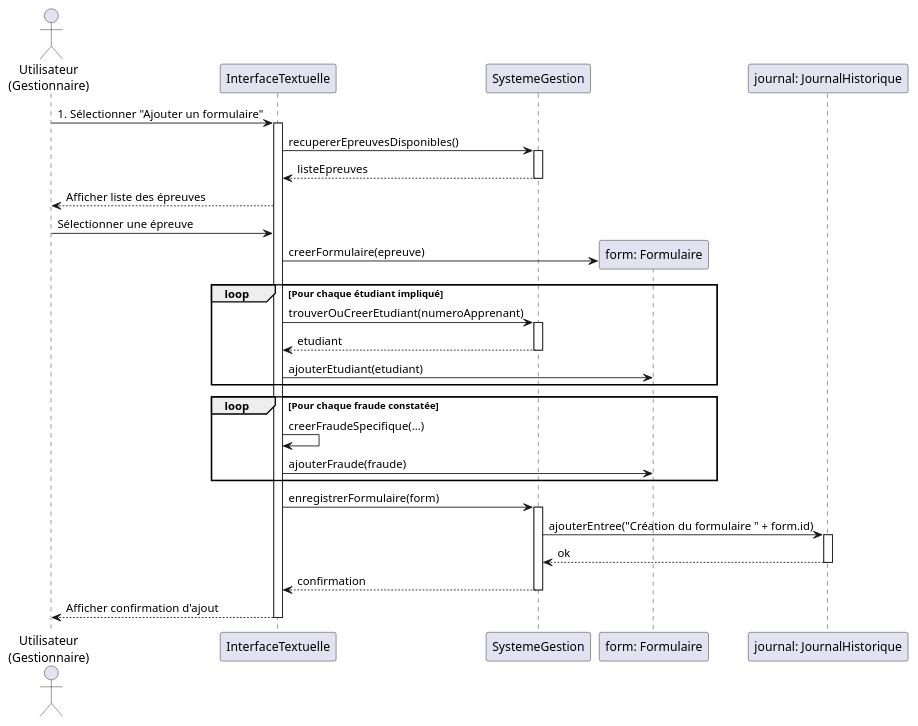
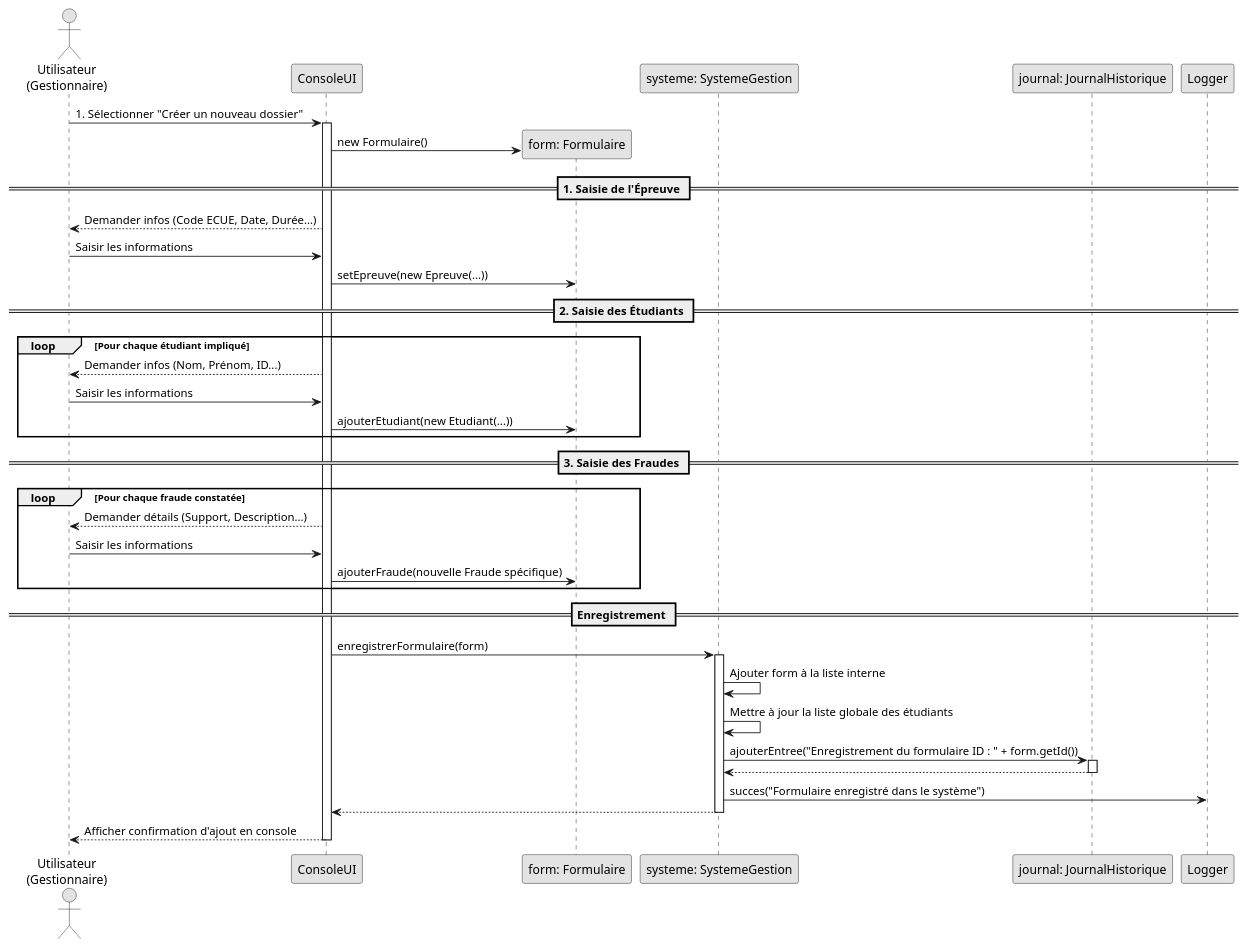
One commit to guillaumepgt/ProjetFraude changed the diagram in diagramme/Sequence.puml. Above: the diagram before and after it, drawn with PlantUML. The commit also changed 2 other files, not shown here.

Commit message:
update diagrammes

```diff
--- a/diagramme/Sequence.puml
+++ b/diagramme/Sequence.puml
@@ -1,46 +1,55 @@
 @startuml
+skinparam monochrome true
+skinparam shadowing false
 
 actor "Utilisateur\n(Gestionnaire)" as User
-participant "InterfaceTextuelle" as UI
-participant "SystemeGestion" as Sys
+participant "ConsoleUI" as UI
 participant "form: Formulaire" as Form
+participant "systeme: SystemeGestion" as Sys
 participant "journal: JournalHistorique" as Journal
+participant "Logger" as Log
 
-User -> UI : 1. Sélectionner "Ajouter un formulaire"
+User -> UI : 1. Sélectionner "Créer un nouveau dossier"
 activate UI
 
-UI -> Sys : recupererEpreuvesDisponibles()
+UI -> Form ** : new Formulaire()
+
+== 1. Saisie de l'Épreuve ==
+UI --> User : Demander infos (Code ECUE, Date, Durée...)
+User -> UI : Saisir les informations
+UI -> Form : setEpreuve(new Epreuve(...))
+
+== 2. Saisie des Étudiants ==
+loop Pour chaque étudiant impliqué
+    UI --> User : Demander infos (Nom, Prénom, ID...)
+    User -> UI : Saisir les informations
+    UI -> Form : ajouterEtudiant(new Etudiant(...))
+end
+
+== 3. Saisie des Fraudes ==
+loop Pour chaque fraude constatée
+    UI --> User : Demander détails (Support, Description...)
+    User -> UI : Saisir les informations
+    UI -> Form : ajouterFraude(nouvelle Fraude spécifique)
+end
+
+== Enregistrement ==
+UI -> Sys : enregistrerFormulaire(form)
 activate Sys
-Sys --> UI : listeEpreuves
+
+Sys -> Sys : Ajouter form à la liste interne
+Sys -> Sys : Mettre à jour la liste globale des étudiants
+
+Sys -> Journal : ajouterEntree("Enregistrement du formulaire ID : " + form.getId())
+activate Journal
+Journal --> Sys :
+deactivate Journal
+
+Sys -> Log : succes("Formulaire enregistré dans le système")
+Sys --> UI :
 deactivate Sys
 
-UI --> User : Afficher liste des épreuves
-User -> UI : Sélectionner une épreuve
-UI -> Form ** : creerFormulaire(epreuve)
-
-loop Pour chaque étudiant impliqué
-    UI -> Sys : trouverOuCreerEtudiant(numeroApprenant)
-    activate Sys
-    Sys --> UI : etudiant
-    deactivate Sys
-    UI -> Form : ajouterEtudiant(etudiant)
-end
-
-loop Pour chaque fraude constatée
-    UI -> UI : creerFraudeSpecifique(...)
-    UI -> Form : ajouterFraude(fraude)
-end
-
-UI -> Sys : enregistrerFormulaire(form)
-activate Sys
-Sys -> Journal : ajouterEntree("Création du formulaire " + form.id)
-activate Journal
-Journal --> Sys : ok
-deactivate Journal
-Sys --> UI : confirmation
-deactivate Sys
-
-UI --> User : Afficher confirmation d'ajout
+UI --> User : Afficher confirmation d'ajout en console
 deactivate UI
 
 @enduml
```
